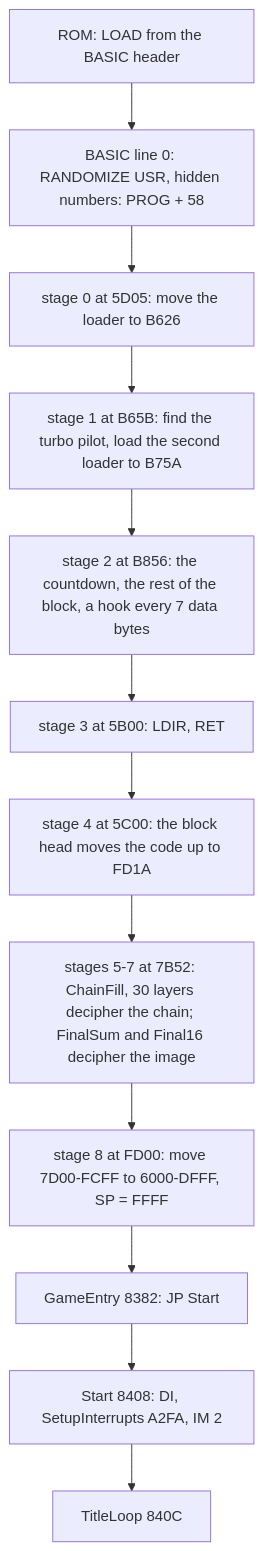
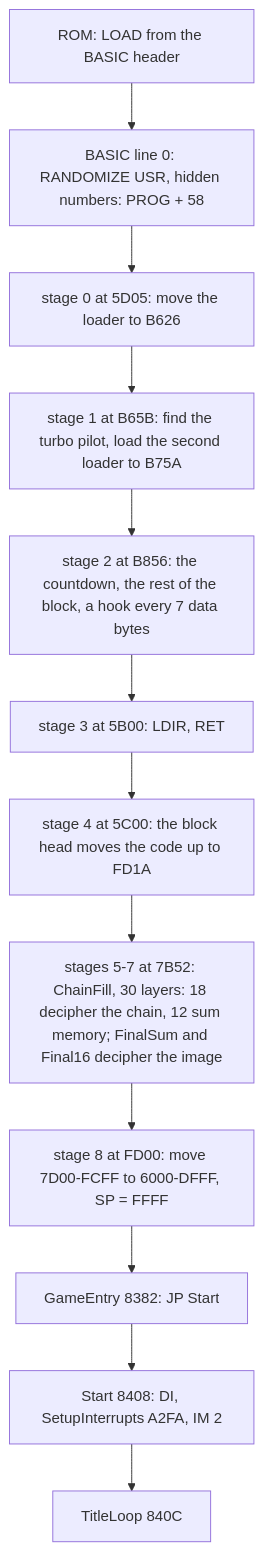
One commit to alfishe/unrealng-reverse-cases changed the first of 3 diagrams in games/deflektor/docs/02-architecture.md. Above: the diagram before and after it, drawn with Mermaid. The commit also changed other lines of this file and 25 other files, not shown here.

Commit message:
kit: Deflektor gaps: no stub entries at snapshot roots mid-routine, @inline bytes keep names, writers_map uses EQU names, input check on every capture path, rs.py capture --stop/--expect, kit/z80sim.py; Deflektor docs 01-05 round 2 fixed (Final16 and XorLayer, autokey, 18 of 30 layers decrypt)

````diff
--- a/games/deflektor/docs/02-architecture.md
+++ b/games/deflektor/docs/02-architecture.md
@@ -121,14 +121,14 @@
 ```mermaid
 flowchart TD
     A[ROM: LOAD from the BASIC header] --> B[BASIC line 0: RANDOMIZE USR, hidden numbers: PROG + 58]
     B --> C[stage 0 at 5D05: move the loader to B626]
     C --> D[stage 1 at B65B: find the turbo pilot, load the second loader to B75A]
     D --> E[stage 2 at B856: the countdown, the rest of the block, a hook every 7 data bytes]
     E --> F[stage 3 at 5B00: LDIR, RET]
     F --> G[stage 4 at 5C00: the block head moves the code up to FD1A]
-    G --> H[stages 5-7 at 7B52: ChainFill, 30 layers decipher the chain; FinalSum and Final16 decipher the image]
+    G --> H[stages 5-7 at 7B52: ChainFill, 30 layers: 18 decipher the chain, 12 sum memory; FinalSum and Final16 decipher the image]
     H --> I[stage 8 at FD00: move 7D00-FCFF to 6000-DFFF, SP = FFFF]
     I --> J[GameEntry 8382: JP Start]
     J --> K[Start 8408: DI, SetupInterrupts A2FA, IM 2]
     K --> L[TitleLoop 840C]
 ```
````
